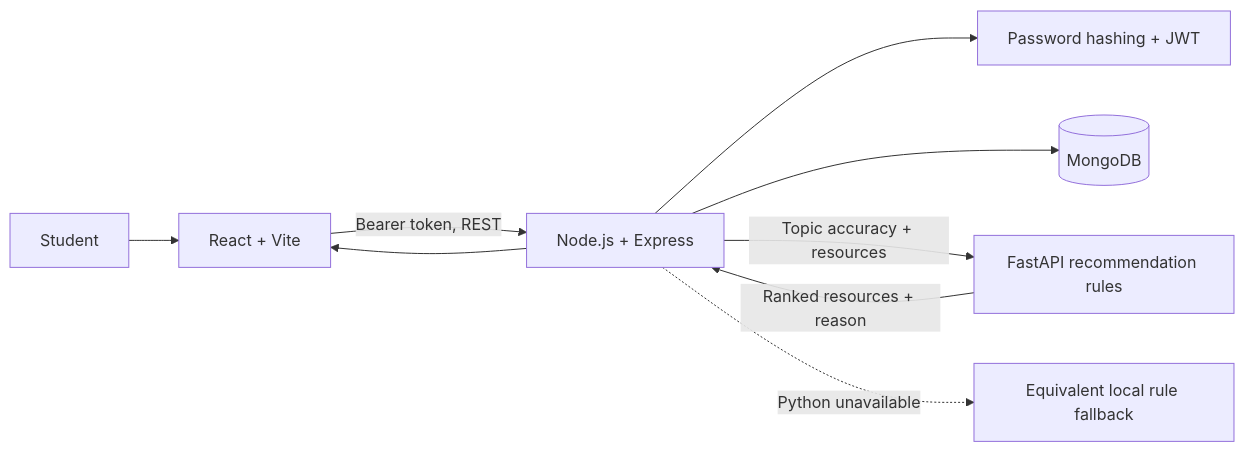
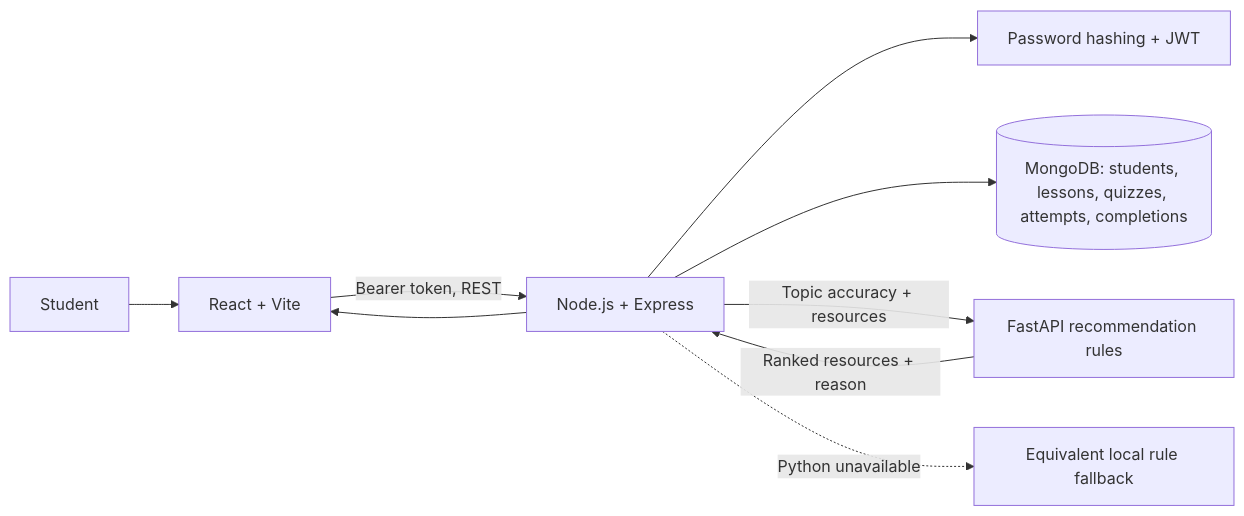
One commit to arachknight66/psychic-octo-waffle changed the diagram in docs/architecture.md. Above: the diagram before and after it, drawn with Mermaid. The commit also changed other lines of this file and 17 other files, not shown here.

````diff
--- a/docs/architecture.md
+++ b/docs/architecture.md
@@ -3,11 +3,11 @@
 ```mermaid
 flowchart LR
   Student[Student] --> UI[React + Vite]
   UI -->|Bearer token, REST| API[Node.js + Express]
   API --> AUTH[Password hashing + JWT]
-  API --> DB[(MongoDB)]
+  API --> DB[(MongoDB: students, lessons, quizzes, attempts, completions)]
   API -->|Topic accuracy + resources| PY[FastAPI recommendation rules]
   PY -->|Ranked resources + reason| API
   API -. Python unavailable .-> FALLBACK[Equivalent local rule fallback]
   API --> UI
 ```
````
